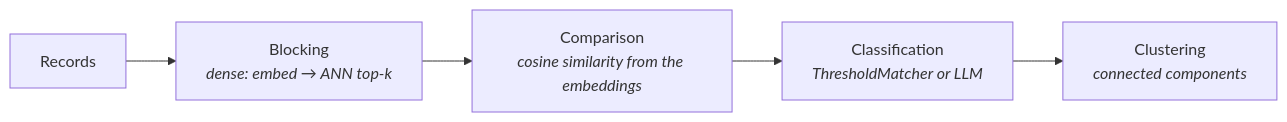
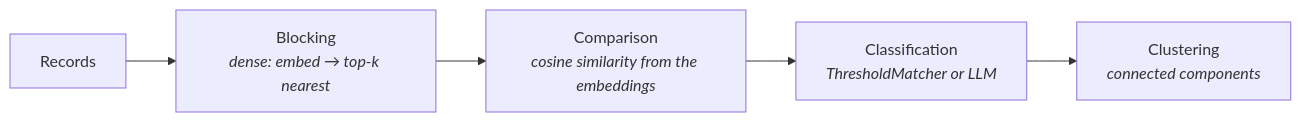
One commit to caalvaro/denselinkage changed the first of 3 diagrams in docs/getting-started/tutorial.md. Above: the diagram before and after it, drawn with Mermaid. The commit also changed other lines of this file and 10 other files, not shown here.

````diff
--- a/docs/getting-started/tutorial.md
+++ b/docs/getting-started/tutorial.md
@@ -19,7 +19,7 @@
 ```{mermaid}
 flowchart LR
-    R[Records] --> B["Blocking<br/><i>dense: embed → ANN top-k</i>"]
+    R[Records] --> B["Blocking<br/><i>dense: embed → top-k nearest</i>"]
     B --> C["Comparison<br/><i>cosine similarity from the embeddings</i>"]
     C --> D["Classification<br/><i>ThresholdMatcher or LLM</i>"]
     D --> E["Clustering<br/><i>connected components</i>"]
 ```
````
